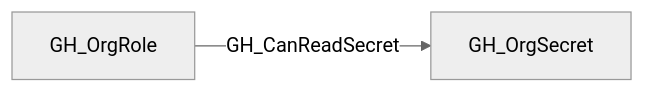
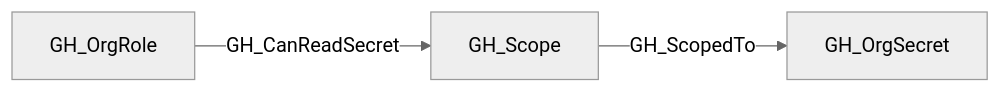
The diagram in descriptions/edges/GH_CanReadSecret.md (SpecterOps/openhound-github), drawn with Mermaid (neutral theme) before and after one commit. The commit also changed other lines of this file and 44 other files, not shown here.

````diff
--- a/descriptions/edges/GH_CanReadSecret.md
+++ b/descriptions/edges/GH_CanReadSecret.md
@@ -15,6 +18,8 @@
 ```mermaid
 graph LR
     n0["GH_OrgRole"]
-    n1["GH_OrgSecret"]
+    n1["GH_Scope"]
+    n2["GH_OrgSecret"]
     n0 -->|GH_CanReadSecret| n1
+    n1 -->|GH_ScopedTo| n2
 ```
````
